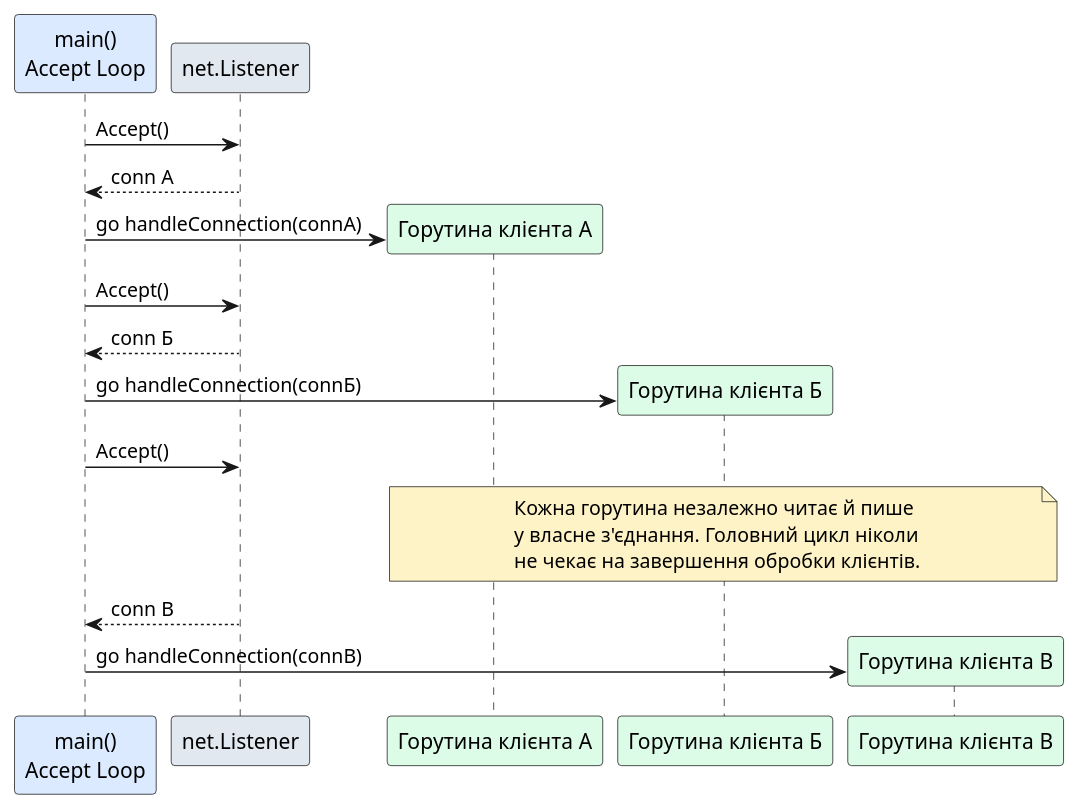
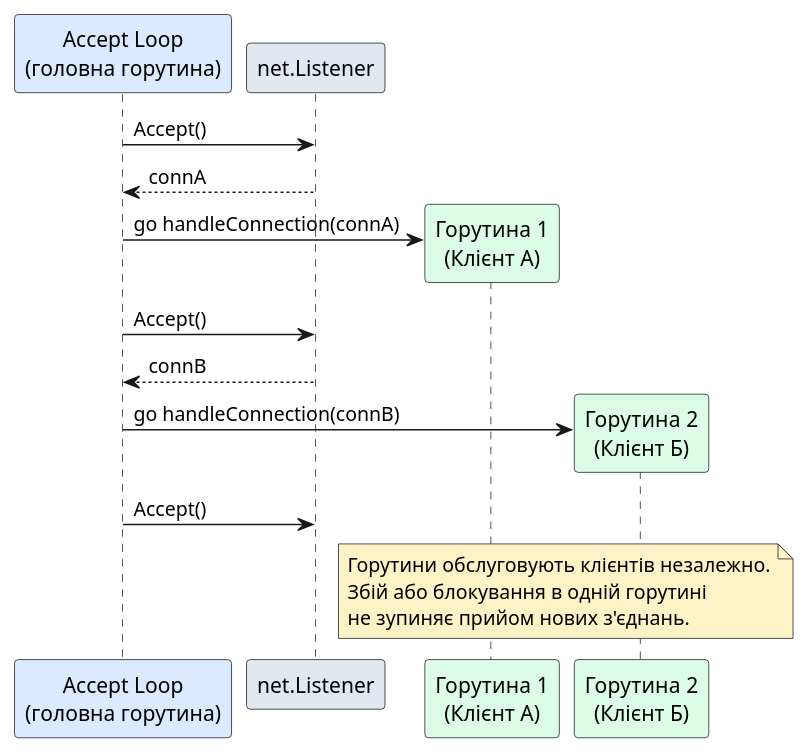
One commit to arakviel/kostyl.dev changed the third of 3 diagrams in content/17.client-server-architecture/04.tcp-socket-programming.md. Above: the diagram before and after it, drawn with PlantUML. The commit also changed other lines of this file and 5 other files, not shown here.

````diff
--- a/content/17.client-server-architecture/04.tcp-socket-programming.md
+++ b/content/17.client-server-architecture/04.tcp-socket-programming.md
@@ -503,29 +491,25 @@
 ```plantuml
 @startuml
 skinparam style plain
 skinparam backgroundColor #FFFFFF
 
-participant "main()\nAccept Loop" as Main #DBEAFE
+participant "Accept Loop\n(головна горутина)" as Main #DBEAFE
 participant "net.Listener" as Listener #E2E8F0
-participant "Горутина клієнта А" as GoA #DCFCE7
-participant "Горутина клієнта Б" as GoB #DCFCE7
-participant "Горутина клієнта В" as GoC #DCFCE7
+participant "Горутина 1\n(Клієнт А)" as G1 #DCFCE7
+participant "Горутина 2\n(Клієнт Б)" as G2 #DCFCE7
 
 Main -> Listener : Accept()
-Listener --> Main : conn A
-Main -> GoA ** : go handleConnection(connA)
+Listener --> Main : connA
+Main -> G1 ** : go handleConnection(connA)
 Main -> Listener : Accept()
-Listener --> Main : conn Б
-Main -> GoB ** : go handleConnection(connБ)
+Listener --> Main : connB
+Main -> G2 ** : go handleConnection(connB)
 Main -> Listener : Accept()
 
-note over GoA, GoC #FEF3C7
-  Кожна горутина незалежно читає й пише
-  у власне з'єднання. Головний цикл ніколи
-  не чекає на завершення обробки клієнтів.
+note over G1, G2 #FEF3C7
+  Горутини обслуговують клієнтів незалежно.
+  Збій або блокування в одній горутині
+  не зупиняє прийом нових з'єднань.
 end note
-
-Listener --> Main : conn В
-Main -> GoC ** : go handleConnection(connВ)
 @enduml
 ```
````
